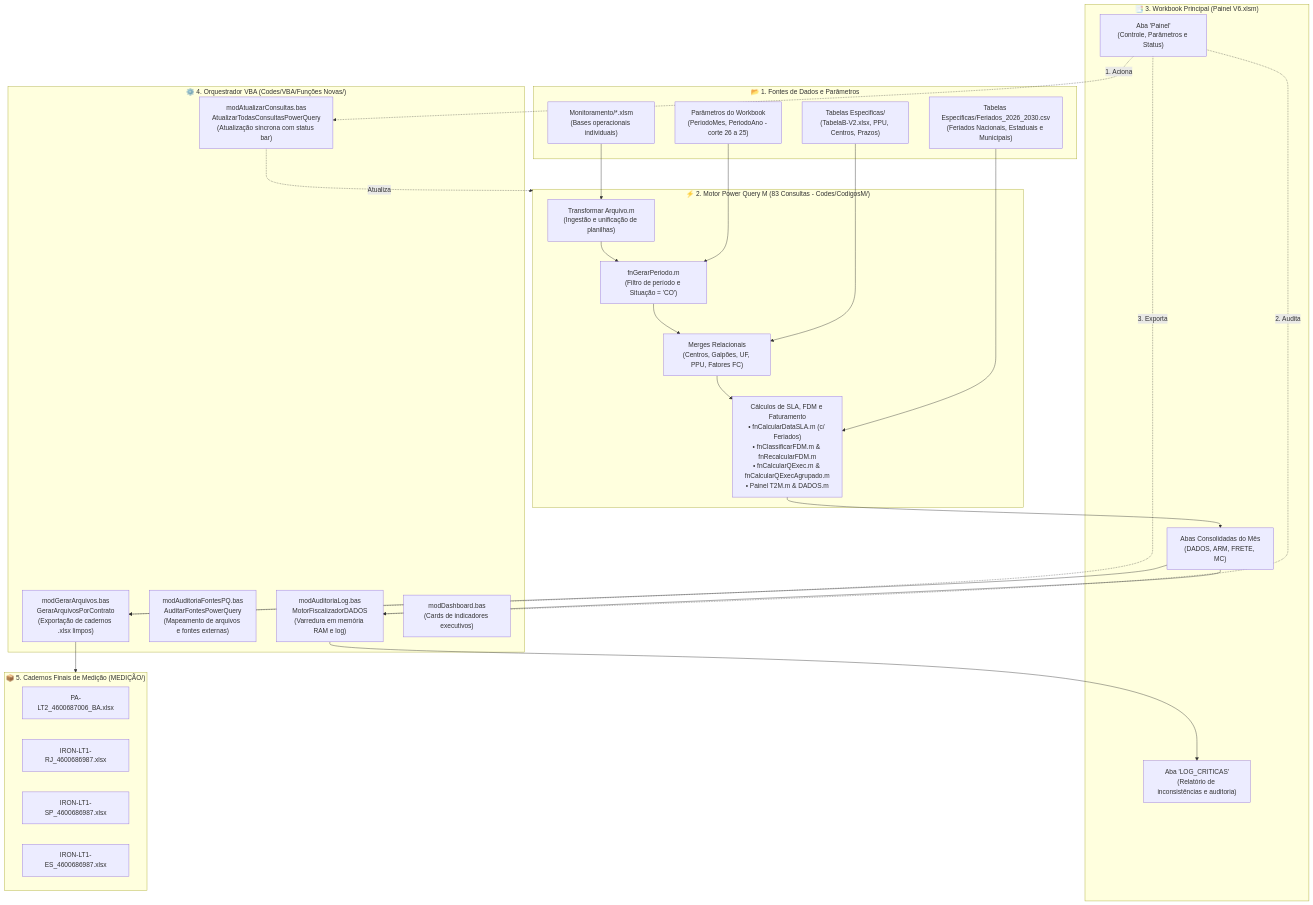
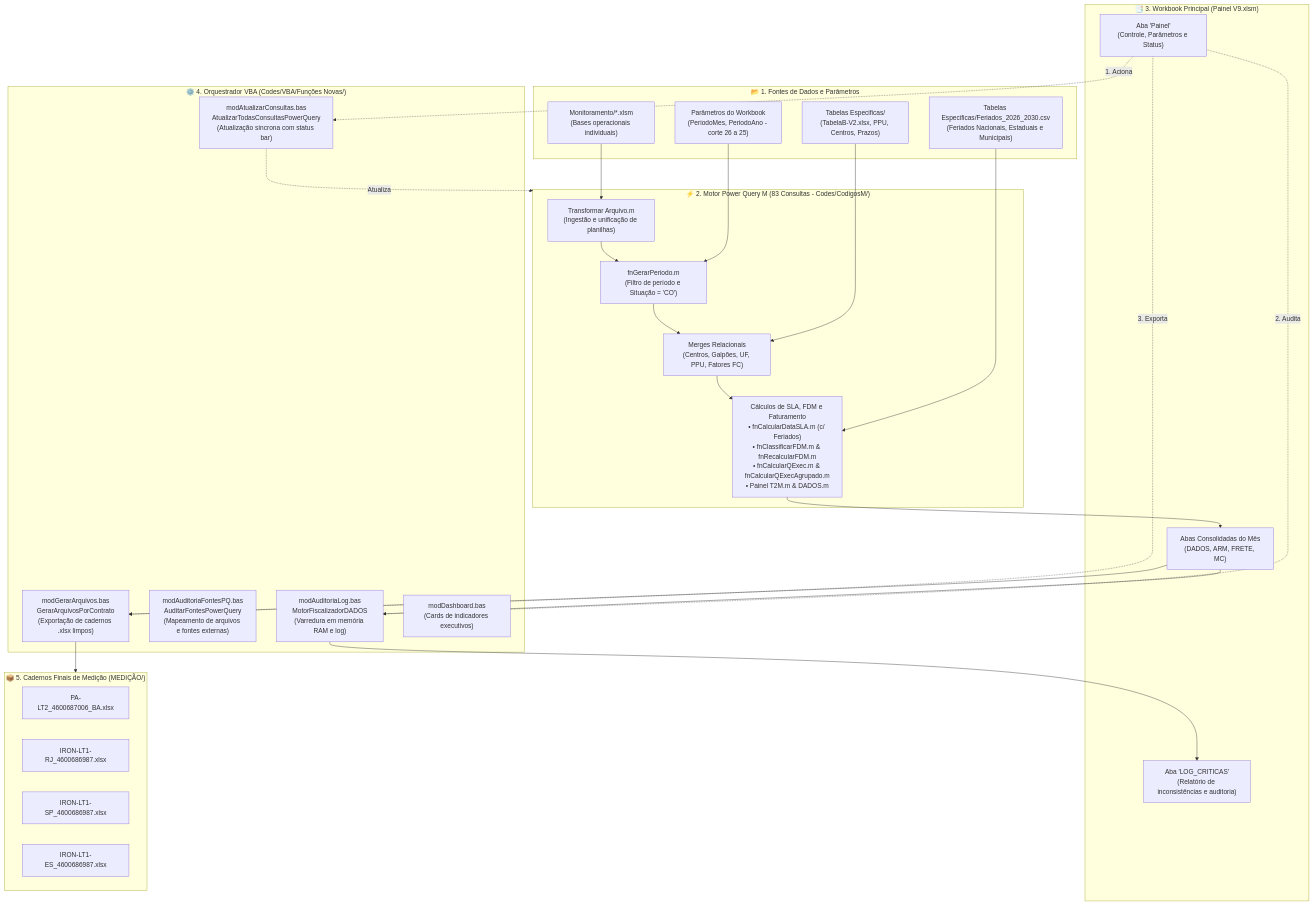
Before and after one commit to thelmosym/PainelNovo: the diagram in README.md, drawn with Mermaid. The commit also changed other lines of this file and 9 other files, not shown here.

````diff
--- a/README.md
+++ b/README.md
@@ -61,53 +61,53 @@
 ```mermaid
 flowchart TD
     subgraph ENTRADAS["📂 1. Fontes de Dados e Parâmetros"]
         MONIT["Monitoramento/*.xlsm<br/>(Bases operacionais individuais)"]
         TAB_REF["Tabelas Especificas/<br/>(TabelaB-V2.xlsx, PPU, Centros, Prazos)"]
         FERIADOS["Tabelas Especificas/Feriados_2026_2030.csv<br/>(Feriados Nacionais, Estaduais e Municipais)"]
         PARAM["Parâmetros do Workbook<br/>(PeriodoMes, PeriodoAno - corte 26 a 25)"]
     end
 
     subgraph ENGINE["⚡ 2. Motor Power Query M (83 Consultas - Codes/CodigosM/)"]
         PQ_INGEST["Transformar Arquivo.m<br/>(Ingestão e unificação de planilhas)"]
         PQ_FILTER["fnGerarPeriodo.m<br/>(Filtro de período e Situação = 'CO')"]
         PQ_MERGE["Merges Relacionais<br/>(Centros, Galpões, UF, PPU, Fatores FC)"]
         PQ_CALC["Cálculos de SLA, FDM e Faturamento<br/>• fnCalcularDataSLA.m (c/ Feriados)<br/>• fnClassificarFDM.m & fnRecalcularFDM.m<br/>• fnCalcularQExec.m & fnCalcularQExecAgrupado.m<br/>• Painel T2M.m & DADOS.m"]
     end
 
-    subgraph WORKBOOK["📑 3. Workbook Principal (Painel V6.xlsm)"]
+    subgraph WORKBOOK["📑 3. Workbook Principal (Painel V9.xlsm)"]
         ABA_PAINEL["Aba 'Painel'<br/>(Controle, Parâmetros e Status)"]
         ABAS_DADOS["Abas Consolidadas do Mês<br/>(DADOS, ARM, FRETE, MC)"]
         ABA_LOG["Aba 'LOG_CRITICAS'<br/>(Relatório de inconsistências e auditoria)"]
     end
 
     subgraph VBA_ORCH["⚙️ 4. Orquestrador VBA (Codes/VBA/Funções Novas/)"]
         VBA_REFRESH["modAtualizarConsultas.bas<br/>AtualizarTodasConsultasPowerQuery<br/>(Atualização síncrona com status bar)"]
         VBA_AUDIT["modAuditoriaLog.bas<br/>MotorFiscalizadorDADOS<br/>(Varredura em memória RAM e log)"]
         VBA_AUDIT_PQ["modAuditoriaFontesPQ.bas<br/>AuditarFontesPowerQuery<br/>(Mapeamento de arquivos e fontes externas)"]
         VBA_EXPORT["modGerarArquivos.bas<br/>GerarArquivosPorContrato<br/>(Exportação de cadernos .xlsx limpos)"]
         VBA_DASH["modDashboard.bas<br/>(Cards de indicadores executivos)"]
     end
 
     subgraph SAIDA["📦 5. Cadernos Finais de Medição (MEDIÇÃO/)"]
         OUT_PA["PA-LT2_4600687006_BA.xlsx"]
         OUT_RJ["IRON-LT1-RJ_4600686987.xlsx"]
         OUT_SP["IRON-LT1-SP_4600686987.xlsx"]
         OUT_ES["IRON-LT1-ES_4600686987.xlsx"]
     end
 
     MONIT --> PQ_INGEST
     TAB_REF --> PQ_MERGE
     FERIADOS --> PQ_CALC
     PARAM --> PQ_FILTER
     PQ_INGEST --> PQ_FILTER --> PQ_MERGE --> PQ_CALC
     PQ_CALC --> ABAS_DADOS
 
     ABA_PAINEL -.->|1. Aciona| VBA_REFRESH
     VBA_REFRESH -.->|Atualiza| ENGINE
     ABA_PAINEL -.->|2. Audita| VBA_AUDIT
     ABAS_DADOS --> VBA_AUDIT
     VBA_AUDIT --> ABA_LOG
     ABA_PAINEL -.->|3. Exporta| VBA_EXPORT
     ABAS_DADOS --> VBA_EXPORT
     VBA_EXPORT --> SAIDA
 ```
````
